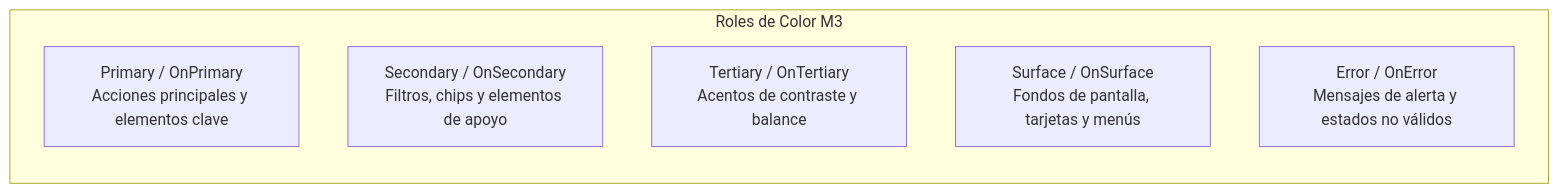
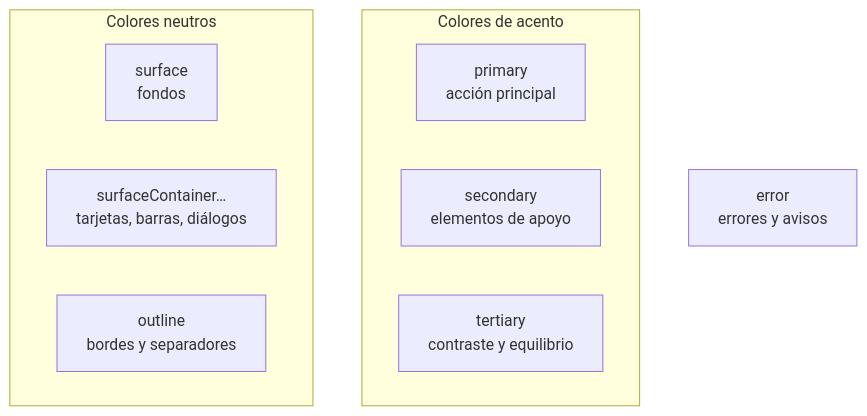
Before and after one commit to jssdocente/pmdm2627d: the second of 6 diagrams in docs/temas/03/a-diseno/3a.1-material-design-3-scaffold.md, drawn with Mermaid. The commit also changed other lines of this file and 2 other files, not shown here.

First line of the commit message:
docs(ut03): 3A.1 con playgrounds de roles de color y tipografía de Material 3

````diff
--- a/docs/temas/03/a-diseno/3a.1-material-design-3-scaffold.md
+++ b/docs/temas/03/a-diseno/3a.1-material-design-3-scaffold.md
@@ -59,10 +97,14 @@
 ```mermaid
-graph LR
-    subgraph Roles de Color M3
-        P["Primary / OnPrimary<br>Acciones principales y elementos clave"]
-        S["Secondary / OnSecondary<br>Filtros, chips y elementos de apoyo"]
-        T["Tertiary / OnTertiary<br>Acentos de contraste y balance"]
-        SF["Surface / OnSurface<br>Fondos de pantalla, tarjetas y menús"]
-        E["Error / OnError<br>Mensajes de alerta y estados no válidos"]
+graph TD
+    subgraph acento ["Colores de acento"]
+        P["primary<br>acción principal"]
+        S["secondary<br>elementos de apoyo"]
+        T["tertiary<br>contraste y equilibrio"]
     end
+    subgraph neutros ["Colores neutros"]
+        SU["surface<br>fondos"]
+        SC["surfaceContainer…<br>tarjetas, barras, diálogos"]
+        O["outline<br>bordes y separadores"]
+    end
+    E["error<br>errores y avisos"]
 ```
````
